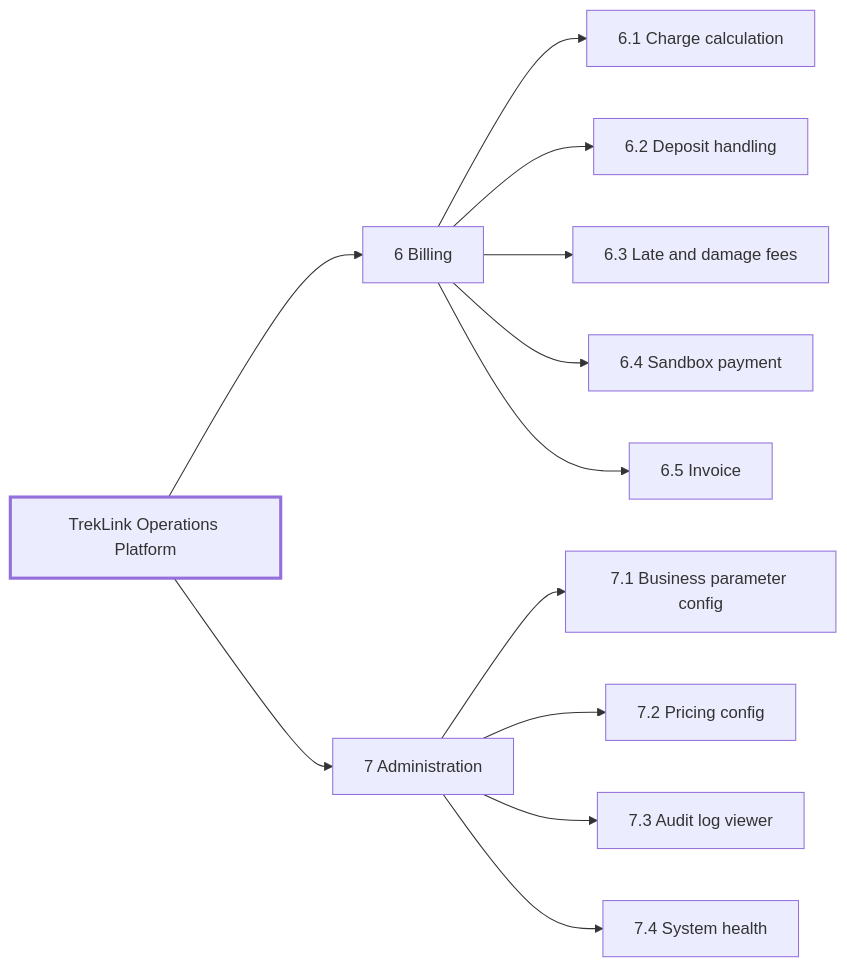
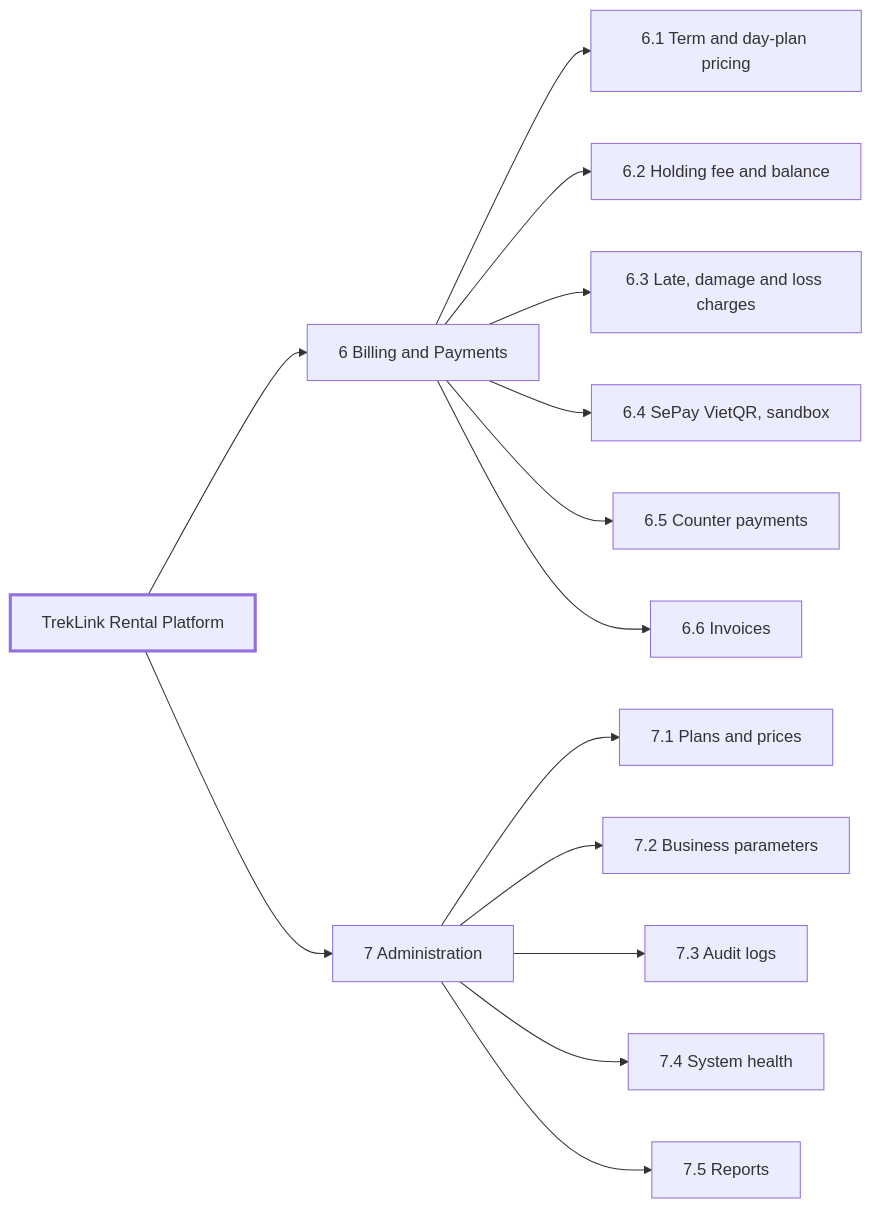
Before and after one commit to TrekLink-Team/treklink-docs: the seventh of 7 diagrams in _docs/00-project-context/06-requirements-foundation.md, drawn with Mermaid. The commit also changed other lines of this file and 8 other files, not shown here.

First line of the commit message:
docs: rescope to an enterprise device-rental platform (D-033 to D-035)

````diff
--- a/_docs/00-project-context/06-requirements-foundation.md
+++ b/_docs/00-project-context/06-requirements-foundation.md
@@ -221,9 +179,9 @@
 ```mermaid
 flowchart LR
-    ROOT[TrekLink Operations Platform]
-    ROOT --> F6[6 Billing]
+    ROOT[TrekLink Rental Platform]
+    ROOT --> F6[6 Billing and Payments]
     ROOT --> F7[7 Administration]
-    F6 --> F6a[6.1 Charge calculation] & F6b[6.2 Deposit handling] & F6c[6.3 Late and damage fees] & F6d[6.4 Sandbox payment] & F6e[6.5 Invoice]
-    F7 --> F7a[7.1 Business parameter config] & F7b[7.2 Pricing config] & F7c[7.3 Audit log viewer] & F7d[7.4 System health]
+    F6 --> F6a[6.1 Term and day-plan pricing] & F6b[6.2 Holding fee and balance] & F6c[6.3 Late, damage and loss charges] & F6d[6.4 SePay VietQR, sandbox] & F6e[6.5 Counter payments] & F6f[6.6 Invoices]
+    F7 --> F7a[7.1 Plans and prices] & F7b[7.2 Business parameters] & F7c[7.3 Audit logs] & F7d[7.4 System health] & F7e[7.5 Reports]
     style ROOT stroke-width:3px
 ```
````
